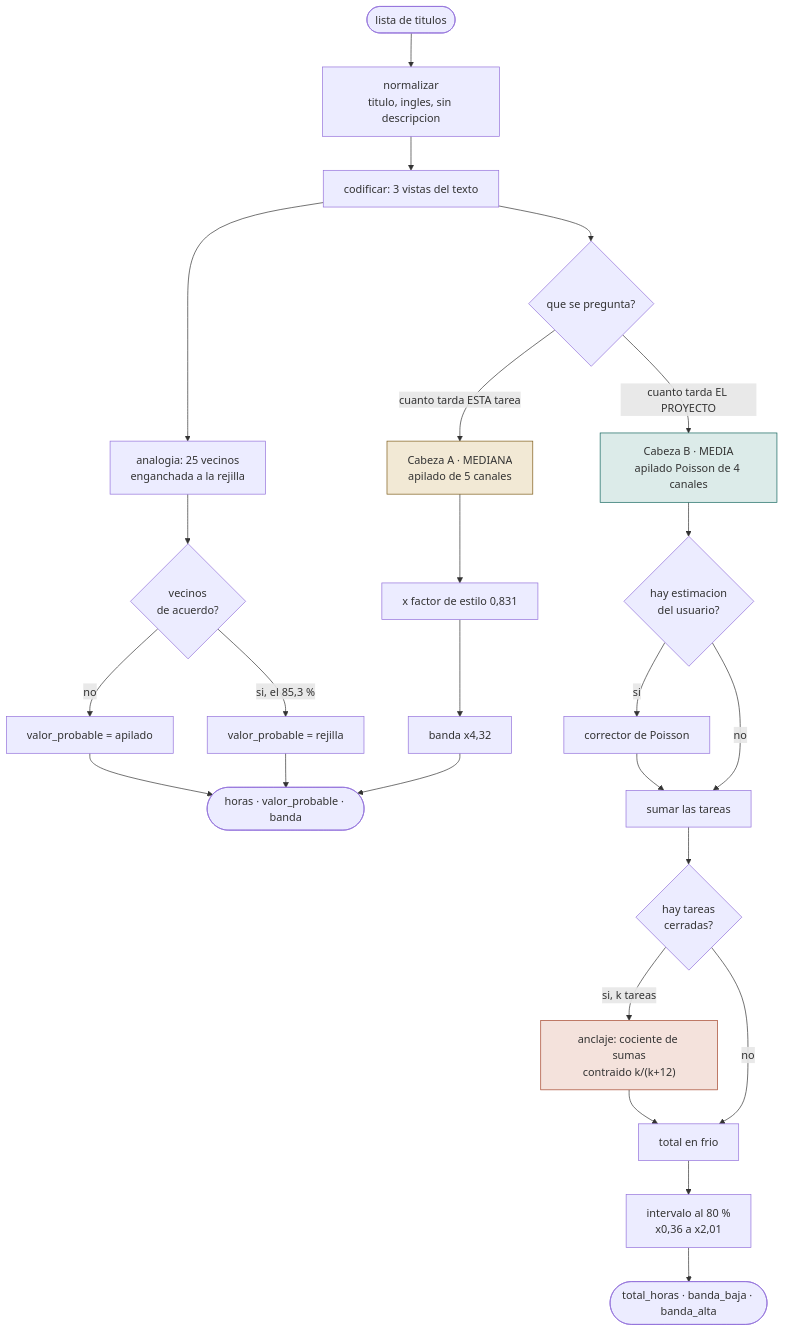
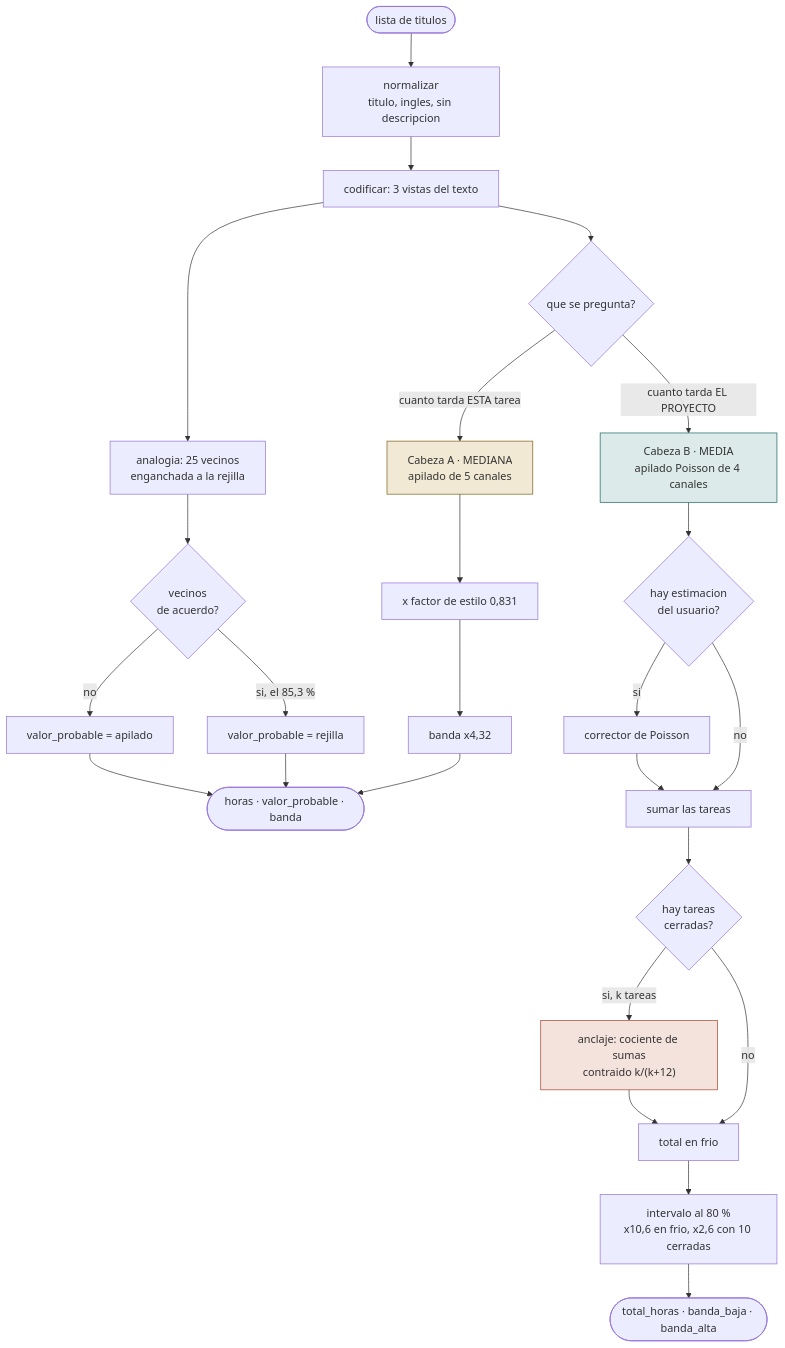
Before and after one commit to DTomasVr/Estimacion-progresiva-backlog: the eighth of 15 diagrams in estimador/DISENO_PIPELINE.md, drawn with Mermaid. The commit also changed other lines of this file and 5 other files, not shown here.

````diff
--- a/estimador/DISENO_PIPELINE.md
+++ b/estimador/DISENO_PIPELINE.md
@@ -789,33 +789,33 @@
 ```mermaid
 flowchart TB
     IN(["lista de titulos"]) --> NORM["normalizar<br/>titulo, ingles, sin descripcion"]
     NORM --> VIS["codificar: 3 vistas del texto"]
     VIS --> RA{"que se pregunta?"}
 
     RA -->|cuanto tarda ESTA tarea| CA["Cabeza A · MEDIANA<br/>apilado de 5 canales"]
     CA --> EST["x factor de estilo 0,831"]
     EST --> BND["banda x4,32"]
     VIS --> ANA["analogia: 25 vecinos<br/>enganchada a la rejilla"]
     ANA --> VP{"vecinos<br/>de acuerdo?"}
     VP -->|si, el 85,3 %| VPS["valor_probable = rejilla"]
     VP -->|no| VPN["valor_probable = apilado"]
     BND --> OUT1(["horas · valor_probable · banda"])
     VPS --> OUT1
     VPN --> OUT1
 
     RA -->|cuanto tarda EL PROYECTO| CB["Cabeza B · MEDIA<br/>apilado Poisson de 4 canales"]
     CB --> UE{"hay estimacion<br/>del usuario?"}
     UE -->|si| CORR["corrector de Poisson"]
     UE -->|no| SUM["sumar las tareas"]
     CORR --> SUM
     SUM --> CER{"hay tareas<br/>cerradas?"}
     CER -->|no| TOT["total en frio"]
     CER -->|si, k tareas| ANC["anclaje: cociente de sumas<br/>contraido k/(k+12)"]
     ANC --> TOT
-    TOT --> INT["intervalo al 80 %<br/>x0,36 a x2,01"]
+    TOT --> INT["intervalo al 80 %<br/>x10,6 en frio, x2,6 con 10 cerradas"]
     INT --> OUT2(["total_horas · banda_baja · banda_alta"])
 
     style CA fill:#f2e9d5,stroke:#7d5a17
     style CB fill:#dcebe9,stroke:#12645d
     style ANC fill:#f4e2dc,stroke:#a4442a
 ```
````
